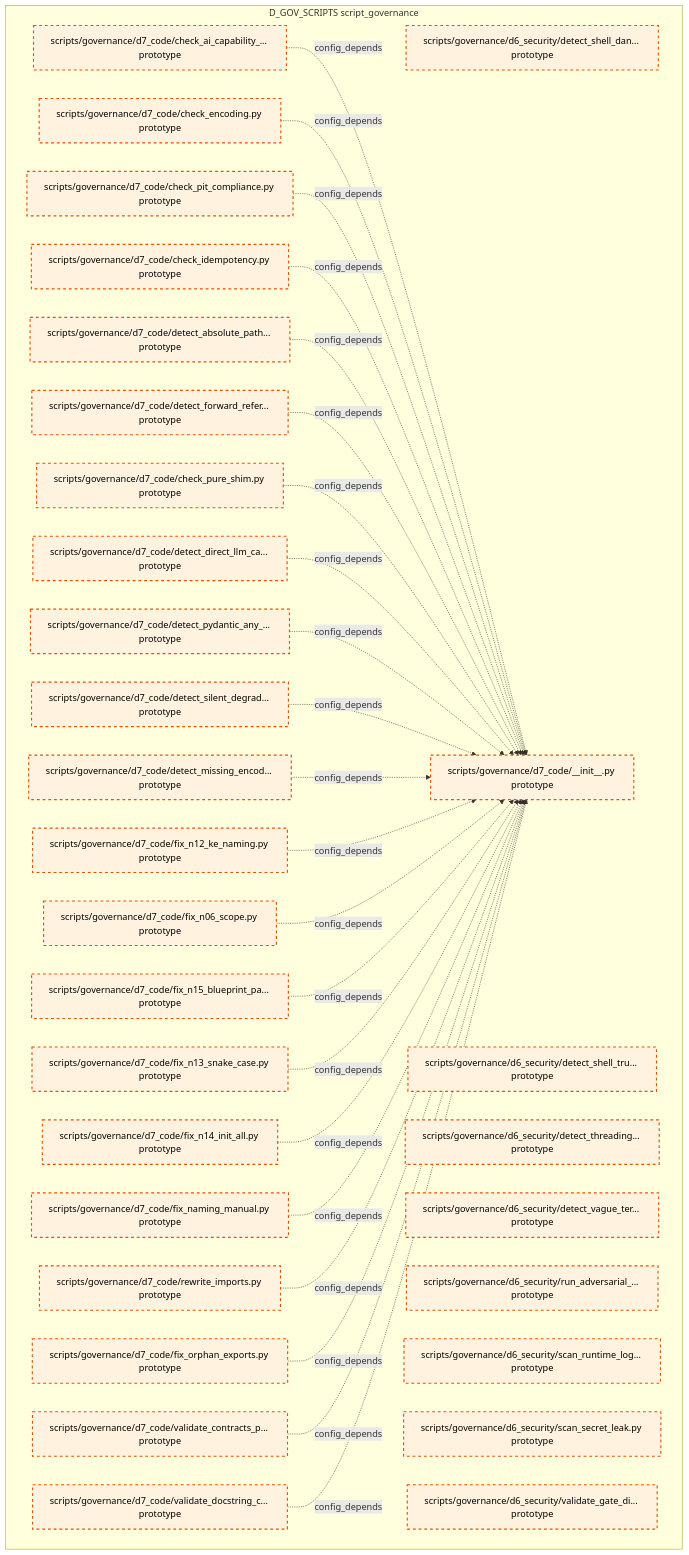
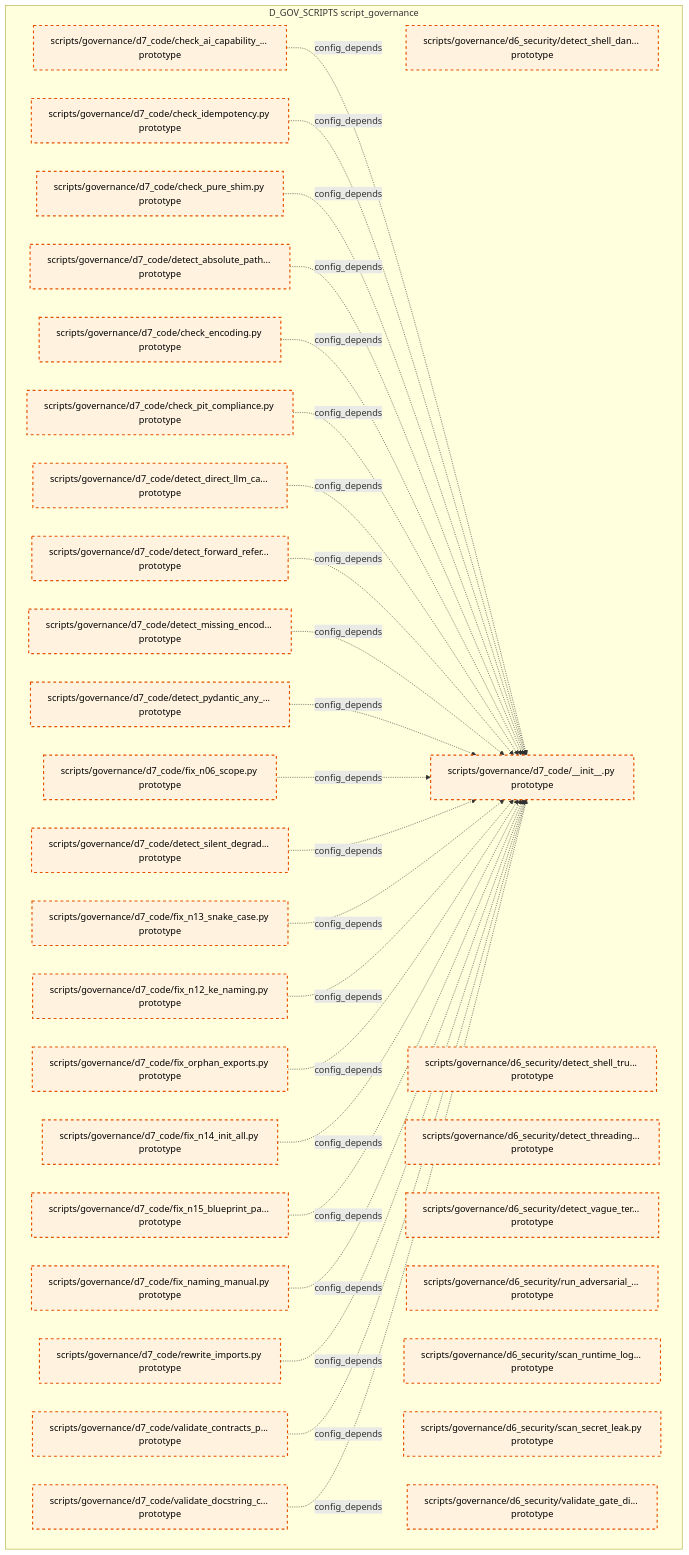
The tenth of 15 diagrams in docs/02_enterprise_architecture/02_domain_architecture_docs/36_d_gov_scripts.md (xuanFelixVan/ZephyrAlpha), drawn with Mermaid before and after one commit. The commit also changed other lines of this file and 99 other files, not shown here.

````diff
--- a/docs/02_enterprise_architecture/02_domain_architecture_docs/36_d_gov_scripts.md
+++ b/docs/02_enterprise_architecture/02_domain_architecture_docs/36_d_gov_scripts.md
@@ -687,61 +687,61 @@
 ```mermaid
 graph TD
     subgraph D_GOV_SCRIPTS["D_GOV_SCRIPTS script_governance"]
         scripts_governance_d6_security_detect_shell_dangerous_py["scripts/governance/d6_security/detect_shell_dan... prototype"]
         scripts_governance_d6_security_detect_shell_true_py["scripts/governance/d6_security/detect_shell_tru... prototype"]
         scripts_governance_d6_security_detect_threading_lock_py["scripts/governance/d6_security/detect_threading... prototype"]
         scripts_governance_d6_security_detect_vague_terms_py["scripts/governance/d6_security/detect_vague_ter... prototype"]
         scripts_governance_d6_security_run_adversarial_checks_py["scripts/governance/d6_security/run_adversarial_... prototype"]
         scripts_governance_d6_security_scan_runtime_log_secrets_py["scripts/governance/d6_security/scan_runtime_log... prototype"]
         scripts_governance_d6_security_scan_secret_leak_py["scripts/governance/d6_security/scan_secret_leak.py prototype"]
         scripts_governance_d6_security_validate_gate_discipline_py["scripts/governance/d6_security/validate_gate_di... prototype"]
         scripts_governance_d7_code_init_py["scripts/governance/d7_code/__init__.py prototype"]
         scripts_governance_d7_code_check_ai_capability_boundary_py["scripts/governance/d7_code/check_ai_capability_... prototype"]
         scripts_governance_d7_code_check_encoding_py["scripts/governance/d7_code/check_encoding.py prototype"]
         scripts_governance_d7_code_check_idempotency_py["scripts/governance/d7_code/check_idempotency.py prototype"]
         scripts_governance_d7_code_check_pit_compliance_py["scripts/governance/d7_code/check_pit_compliance.py prototype"]
         scripts_governance_d7_code_check_pure_shim_py["scripts/governance/d7_code/check_pure_shim.py prototype"]
         scripts_governance_d7_code_detect_absolute_path_hardcoding_py["scripts/governance/d7_code/detect_absolute_path... prototype"]
         scripts_governance_d7_code_detect_direct_llm_calls_py["scripts/governance/d7_code/detect_direct_llm_ca... prototype"]
         scripts_governance_d7_code_detect_forward_reference_py["scripts/governance/d7_code/detect_forward_refer... prototype"]
         scripts_governance_d7_code_detect_missing_encoding_py["scripts/governance/d7_code/detect_missing_encod... prototype"]
         scripts_governance_d7_code_detect_pydantic_any_fields_py["scripts/governance/d7_code/detect_pydantic_any_... prototype"]
         scripts_governance_d7_code_detect_silent_degradation_py["scripts/governance/d7_code/detect_silent_degrad... prototype"]
         scripts_governance_d7_code_fix_n06_scope_py["scripts/governance/d7_code/fix_n06_scope.py prototype"]
         scripts_governance_d7_code_fix_n12_ke_naming_py["scripts/governance/d7_code/fix_n12_ke_naming.py prototype"]
         scripts_governance_d7_code_fix_n13_snake_case_py["scripts/governance/d7_code/fix_n13_snake_case.py prototype"]
         scripts_governance_d7_code_fix_n14_init_all_py["scripts/governance/d7_code/fix_n14_init_all.py prototype"]
         scripts_governance_d7_code_fix_n15_blueprint_path_py["scripts/governance/d7_code/fix_n15_blueprint_pa... prototype"]
         scripts_governance_d7_code_fix_naming_manual_py["scripts/governance/d7_code/fix_naming_manual.py prototype"]
         scripts_governance_d7_code_fix_orphan_exports_py["scripts/governance/d7_code/fix_orphan_exports.py prototype"]
         scripts_governance_d7_code_rewrite_imports_py["scripts/governance/d7_code/rewrite_imports.py prototype"]
         scripts_governance_d7_code_validate_contracts_purity_py["scripts/governance/d7_code/validate_contracts_p... prototype"]
         scripts_governance_d7_code_validate_docstring_coverage_py["scripts/governance/d7_code/validate_docstring_c... prototype"]
     end
     scripts_governance_d7_code_check_ai_capability_boundary_py -.->|config_depends| scripts_governance_d7_code_init_py
+    scripts_governance_d7_code_check_idempotency_py -.->|config_depends| scripts_governance_d7_code_init_py
+    scripts_governance_d7_code_check_pure_shim_py -.->|config_depends| scripts_governance_d7_code_init_py
+    scripts_governance_d7_code_detect_absolute_path_hardcoding_py -.->|config_depends| scripts_governance_d7_code_init_py
     scripts_governance_d7_code_check_encoding_py -.->|config_depends| scripts_governance_d7_code_init_py
     scripts_governance_d7_code_check_pit_compliance_py -.->|config_depends| scripts_governance_d7_code_init_py
-    scripts_governance_d7_code_check_idempotency_py -.->|config_depends| scripts_governance_d7_code_init_py
-    scripts_governance_d7_code_detect_absolute_path_hardcoding_py -.->|config_depends| scripts_governance_d7_code_init_py
+    scripts_governance_d7_code_detect_direct_llm_calls_py -.->|config_depends| scripts_governance_d7_code_init_py
     scripts_governance_d7_code_detect_forward_reference_py -.->|config_depends| scripts_governance_d7_code_init_py
-    scripts_governance_d7_code_check_pure_shim_py -.->|config_depends| scripts_governance_d7_code_init_py
-    scripts_governance_d7_code_detect_direct_llm_calls_py -.->|config_depends| scripts_governance_d7_code_init_py
+    scripts_governance_d7_code_detect_missing_encoding_py -.->|config_depends| scripts_governance_d7_code_init_py
     scripts_governance_d7_code_detect_pydantic_any_fields_py -.->|config_depends| scripts_governance_d7_code_init_py
+    scripts_governance_d7_code_fix_n06_scope_py -.->|config_depends| scripts_governance_d7_code_init_py
     scripts_governance_d7_code_detect_silent_degradation_py -.->|config_depends| scripts_governance_d7_code_init_py
-    scripts_governance_d7_code_detect_missing_encoding_py -.->|config_depends| scripts_governance_d7_code_init_py
+    scripts_governance_d7_code_fix_n13_snake_case_py -.->|config_depends| scripts_governance_d7_code_init_py
     scripts_governance_d7_code_fix_n12_ke_naming_py -.->|config_depends| scripts_governance_d7_code_init_py
-    scripts_governance_d7_code_fix_n06_scope_py -.->|config_depends| scripts_governance_d7_code_init_py
+    scripts_governance_d7_code_fix_orphan_exports_py -.->|config_depends| scripts_governance_d7_code_init_py
+    scripts_governance_d7_code_fix_n14_init_all_py -.->|config_depends| scripts_governance_d7_code_init_py
     scripts_governance_d7_code_fix_n15_blueprint_path_py -.->|config_depends| scripts_governance_d7_code_init_py
-    scripts_governance_d7_code_fix_n13_snake_case_py -.->|config_depends| scripts_governance_d7_code_init_py
-    scripts_governance_d7_code_fix_n14_init_all_py -.->|config_depends| scripts_governance_d7_code_init_py
     scripts_governance_d7_code_fix_naming_manual_py -.->|config_depends| scripts_governance_d7_code_init_py
     scripts_governance_d7_code_rewrite_imports_py -.->|config_depends| scripts_governance_d7_code_init_py
-    scripts_governance_d7_code_fix_orphan_exports_py -.->|config_depends| scripts_governance_d7_code_init_py
     scripts_governance_d7_code_validate_contracts_purity_py -.->|config_depends| scripts_governance_d7_code_init_py
     scripts_governance_d7_code_validate_docstring_coverage_py -.->|config_depends| scripts_governance_d7_code_init_py
     classDef production fill:#e1f5fe,stroke:#01579b,stroke-width:2px,color:#000
     classDef design fill:#fff3e0,stroke:#e65100,stroke-width:2px,color:#000,stroke-dasharray: 5 5
     classDef external_prod fill:#e8f5e9,stroke:#1b5e20,stroke-width:1px,color:#000
     classDef external_design fill:#fce4ec,stroke:#880e4f,stroke-width:1px,color:#000,stroke-dasharray: 5 5
     class scripts_governance_d6_security_detect_shell_dangerous_py,scripts_governance_d6_security_detect_shell_true_py,scripts_governance_d6_security_detect_threading_lock_py,scripts_governance_d6_security_detect_vague_terms_py,scripts_governance_d6_security_run_adversarial_checks_py,scripts_governance_d6_security_scan_runtime_log_secrets_py,scripts_governance_d6_security_scan_secret_leak_py,scripts_governance_d6_security_validate_gate_discipline_py,scripts_governance_d7_code_init_py,scripts_governance_d7_code_check_ai_capability_boundary_py,scripts_governance_d7_code_check_encoding_py,scripts_governance_d7_code_check_idempotency_py,scripts_governance_d7_code_check_pit_compliance_py,scripts_governance_d7_code_check_pure_shim_py,scripts_governance_d7_code_detect_absolute_path_hardcoding_py,scripts_governance_d7_code_detect_direct_llm_calls_py,scripts_governance_d7_code_detect_forward_reference_py,scripts_governance_d7_code_detect_missing_encoding_py,scripts_governance_d7_code_detect_pydantic_any_fields_py,scripts_governance_d7_code_detect_silent_degradation_py,scripts_governance_d7_code_fix_n06_scope_py,scripts_governance_d7_code_fix_n12_ke_naming_py,scripts_governance_d7_code_fix_n13_snake_case_py,scripts_governance_d7_code_fix_n14_init_all_py,scripts_governance_d7_code_fix_n15_blueprint_path_py,scripts_governance_d7_code_fix_naming_manual_py,scripts_governance_d7_code_fix_orphan_exports_py,scripts_governance_d7_code_rewrite_imports_py,scripts_governance_d7_code_validate_contracts_purity_py,scripts_governance_d7_code_validate_docstring_coverage_py design
 ```
````
